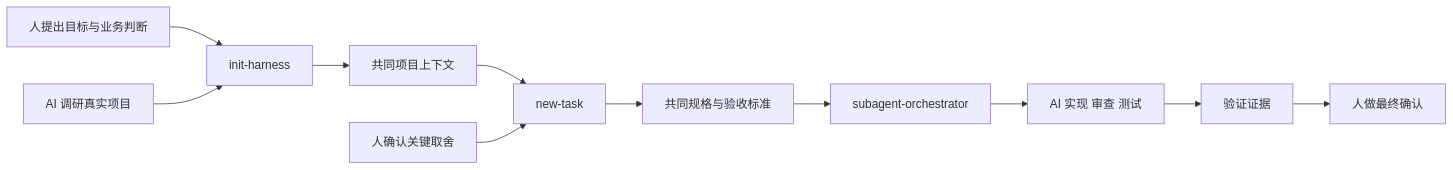
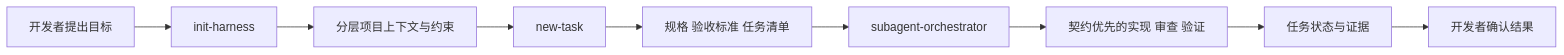
The diagram in README.zh-CN.md (weiqiang612/codex-harness-workflow), drawn with Mermaid before and after one commit. The commit also changed other lines of this file and 1 other file, not shown here.

````diff
--- a/README.zh-CN.md
+++ b/README.zh-CN.md
@@ -65,13 +92,11 @@
 ```mermaid
 flowchart LR
-    H1[人提出目标与业务判断] --> I[init-harness]
-    A1[AI 调研真实项目] --> I
-    I --> C[共同项目上下文]
-    C --> N[new-task]
-    H2[人确认关键取舍] --> N
-    N --> S[共同规格与验收标准]
-    S --> O[subagent-orchestrator]
-    O --> A2[AI 实现 审查 测试]
-    A2 --> E[验证证据]
-    E --> H3[人做最终确认]
+    A[开发者提出目标] --> B[init-harness]
+    B --> C[分层项目上下文与约束]
+    C --> D[new-task]
+    D --> E[规格 验收标准 任务清单]
+    E --> F[subagent-orchestrator]
+    F --> G[契约优先的实现 审查 验证]
+    G --> H[任务状态与证据]
+    H --> I[开发者确认结果]
 ```
````
